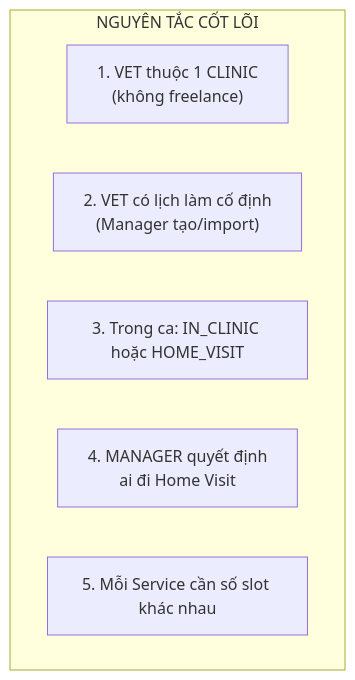
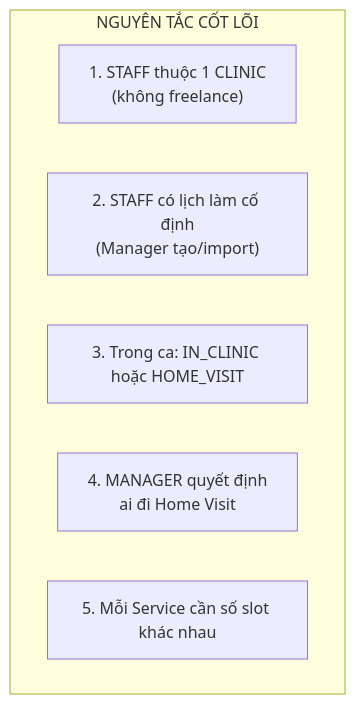
Before and after one commit to espresso23/Petties-Veterinary-Appointment-Booking-Platform: the first of 5 diagrams in docs-references/documentation/VET_SCHEDULING_STRATEGY.md, drawn with Mermaid. The commit also changed other lines of this file and 204 other files, not shown here.

First line of the commit message:
refactor(all): complete vet→staff naming migration across codebase

````diff
--- a/docs-references/documentation/VET_SCHEDULING_STRATEGY.md
+++ b/docs-references/documentation/VET_SCHEDULING_STRATEGY.md
@@ -22,10 +23,10 @@
 ```mermaid
 flowchart TB
     subgraph PRINCIPLES["NGUYÊN TẮC CỐT LÕI"]
-        P1["1. VET thuộc 1 CLINIC<br/>(không freelance)"]
-        P2["2. VET có lịch làm cố định<br/>(Manager tạo/import)"]
+        P1["1. STAFF thuộc 1 CLINIC<br/>(không freelance)"]
+        P2["2. STAFF có lịch làm cố định<br/>(Manager tạo/import)"]
         P3["3. Trong ca: IN_CLINIC hoặc HOME_VISIT"]
         P4["4. MANAGER quyết định<br/>ai đi Home Visit"]
         P5["5. Mỗi Service cần số slot khác nhau"]
     end
 ```
````
